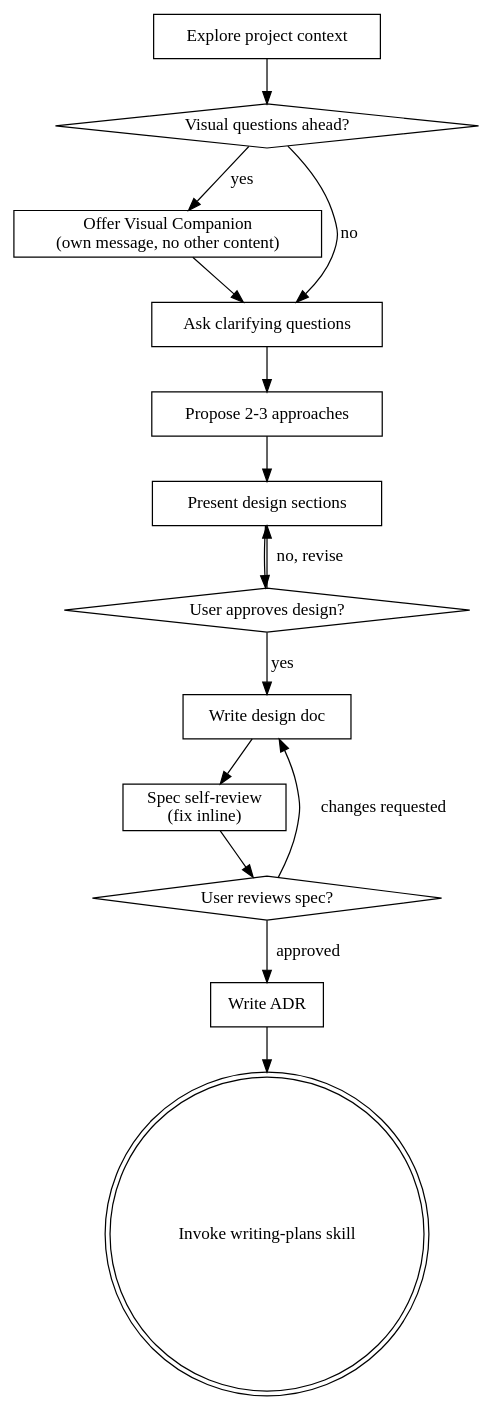
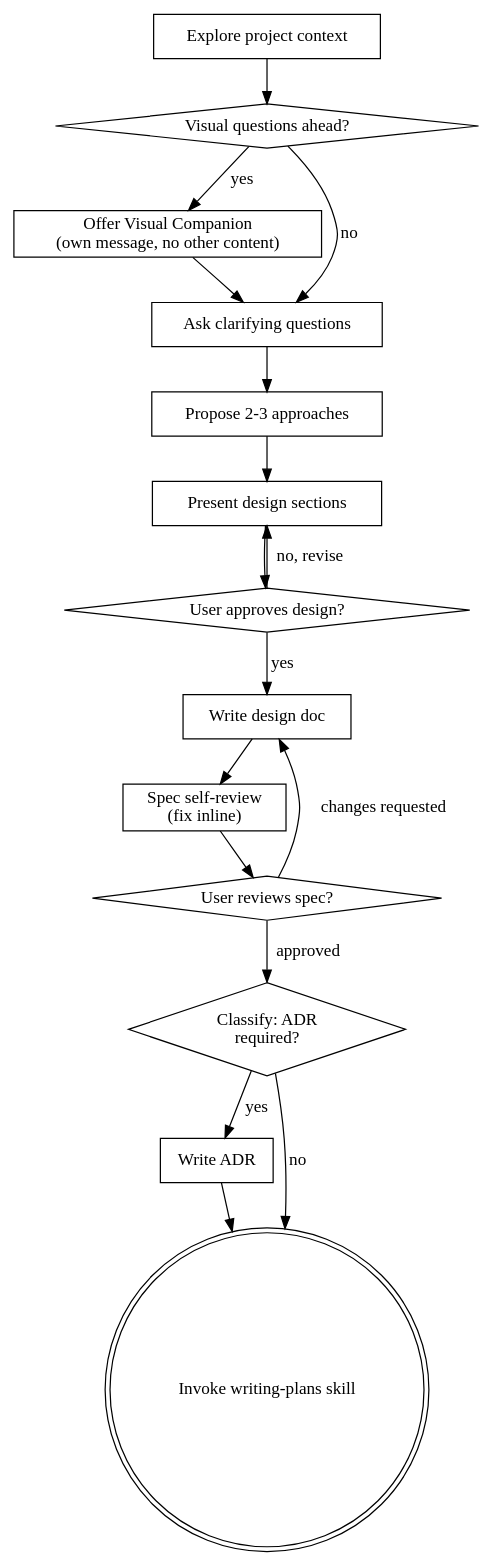
The diagram in skills/brainstorming/SKILL.md (kei0916/superpowers), drawn with Graphviz before and after one commit. The commit also changed 8 other files, not shown here.

````diff
--- a/skills/brainstorming/SKILL.md
+++ b/skills/brainstorming/SKILL.md
@@ -37,31 +37,34 @@
 ```dot
 digraph brainstorming {
     "Explore project context" [shape=box];
     "Visual questions ahead?" [shape=diamond];
     "Offer Visual Companion\n(own message, no other content)" [shape=box];
     "Ask clarifying questions" [shape=box];
     "Propose 2-3 approaches" [shape=box];
     "Present design sections" [shape=box];
     "User approves design?" [shape=diamond];
     "Write design doc" [shape=box];
     "Spec self-review\n(fix inline)" [shape=box];
     "User reviews spec?" [shape=diamond];
+    "Classify: ADR\nrequired?" [shape=diamond];
     "Write ADR" [shape=box];
     "Invoke writing-plans skill" [shape=doublecircle];
 
     "Explore project context" -> "Visual questions ahead?";
     "Visual questions ahead?" -> "Offer Visual Companion\n(own message, no other content)" [label="yes"];
     "Visual questions ahead?" -> "Ask clarifying questions" [label="no"];
     "Offer Visual Companion\n(own message, no other content)" -> "Ask clarifying questions";
     "Ask clarifying questions" -> "Propose 2-3 approaches";
     "Propose 2-3 approaches" -> "Present design sections";
     "Present design sections" -> "User approves design?";
     "User approves design?" -> "Present design sections" [label="no, revise"];
     "User approves design?" -> "Write design doc" [label="yes"];
     "Write design doc" -> "Spec self-review\n(fix inline)";
     "Spec self-review\n(fix inline)" -> "User reviews spec?";
     "User reviews spec?" -> "Write design doc" [label="changes requested"];
-    "User reviews spec?" -> "Write ADR" [label="approved"];
+    "User reviews spec?" -> "Classify: ADR\nrequired?" [label="approved"];
+    "Classify: ADR\nrequired?" -> "Write ADR" [label="yes"];
+    "Classify: ADR\nrequired?" -> "Invoke writing-plans skill" [label="no"];
     "Write ADR" -> "Invoke writing-plans skill";
 }
 ```
````
